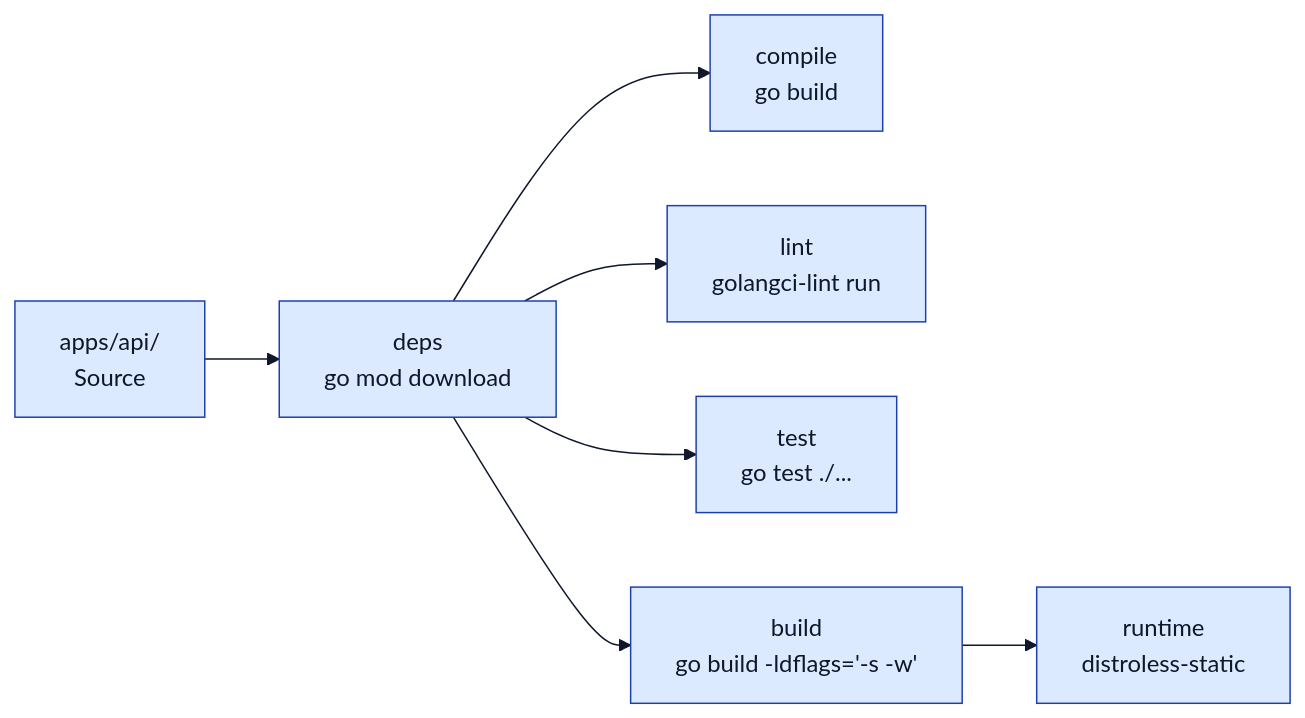
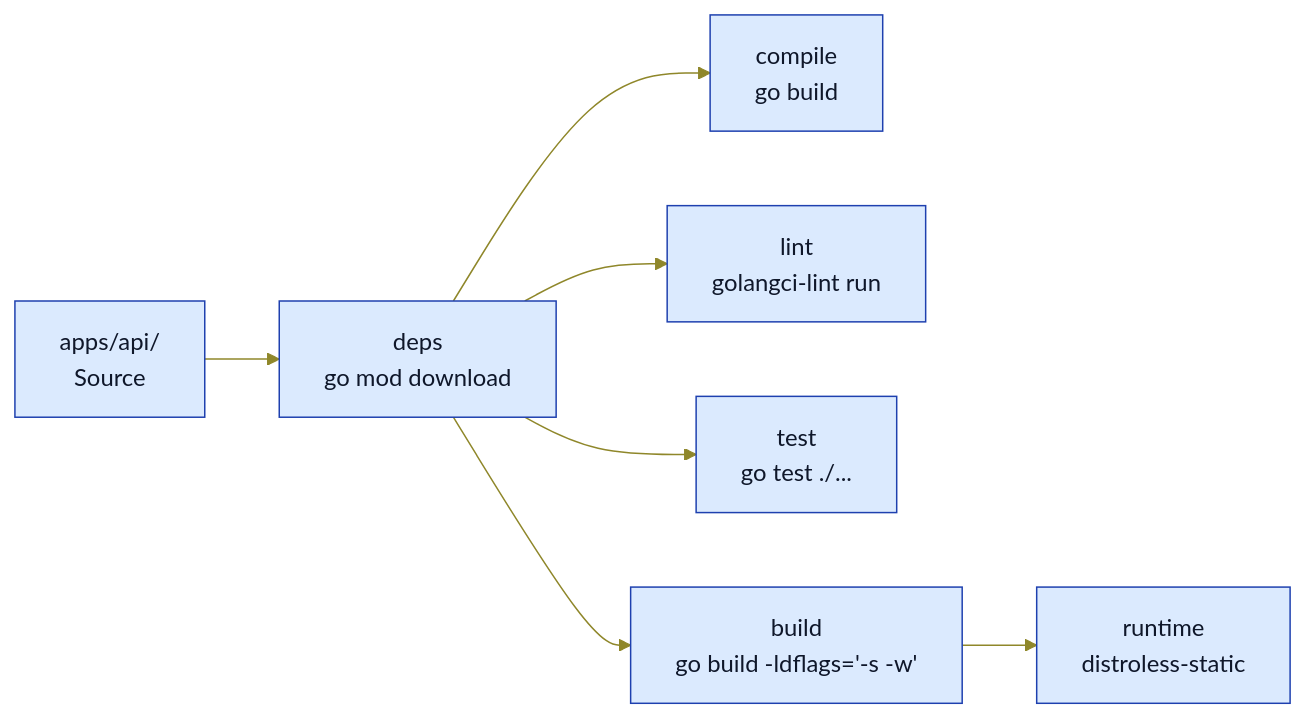
The fifth of 6 diagrams in spec/architecture.md (pt9912/m-trace), drawn with Mermaid before and after one commit. The commit also changed other lines of this file and 1 other file, not shown here.

Commit message:
docs: update diagram styling

````diff
--- a/spec/architecture.md
+++ b/spec/architecture.md
@@ -573,10 +573,10 @@
 ```mermaid
-%%{init: {'theme':'base','themeVariables':{'background':'#f8fafc','primaryColor':'#dbeafe','primaryTextColor':'#0f172a','primaryBorderColor':'#1e40af','lineColor':'#0f172a','secondaryColor':'#fef3c7','tertiaryColor':'#dcfce7','noteBkgColor':'#fef3c7','noteTextColor':'#0f172a','noteBorderColor':'#a16207','actorBkg':'#dbeafe','actorBorder':'#1e40af','actorTextColor':'#0f172a','actorLineColor':'#475569','signalColor':'#0f172a','signalTextColor':'#0f172a','sequenceNumberColor':'#ffffff','labelTextColor':'#0f172a','loopTextColor':'#0f172a','edgeLabelBackground':'#f8fafc'}}}%%
+%%{init: {'theme':'base','themeVariables':{'background':'#f8fafc','primaryColor':'#dbeafe','primaryTextColor':'#0f172a','primaryBorderColor':'#1e40af','lineColor':'#8f872a','secondaryColor':'#fef3c7','tertiaryColor':'#dcfce7','noteBkgColor':'#fef3c7','noteTextColor':'#0f172a','noteBorderColor':'#a16207','actorBkg':'#dbeafe','actorBorder':'#1e40af','actorTextColor':'#0f172a','actorLineColor':'#475569','signalColor':'#0f172a','signalTextColor':'#0f172a','sequenceNumberColor':'#ffffff','labelTextColor':'#0f172a','loopTextColor':'#0f172a','edgeLabelBackground':'#f8fafc'}}}%%
 flowchart LR
     Source["apps/api/<br/>Source"] --> Deps["deps<br/>go mod download"]
     Deps --> Compile["compile<br/>go build"]
     Deps --> Lint["lint<br/>golangci-lint run"]
     Deps --> Test["test<br/>go test ./..."]
     Deps --> Build["build<br/>go build -ldflags='-s -w'"]
     Build --> Runtime["runtime<br/>distroless-static"]
 ```
````
